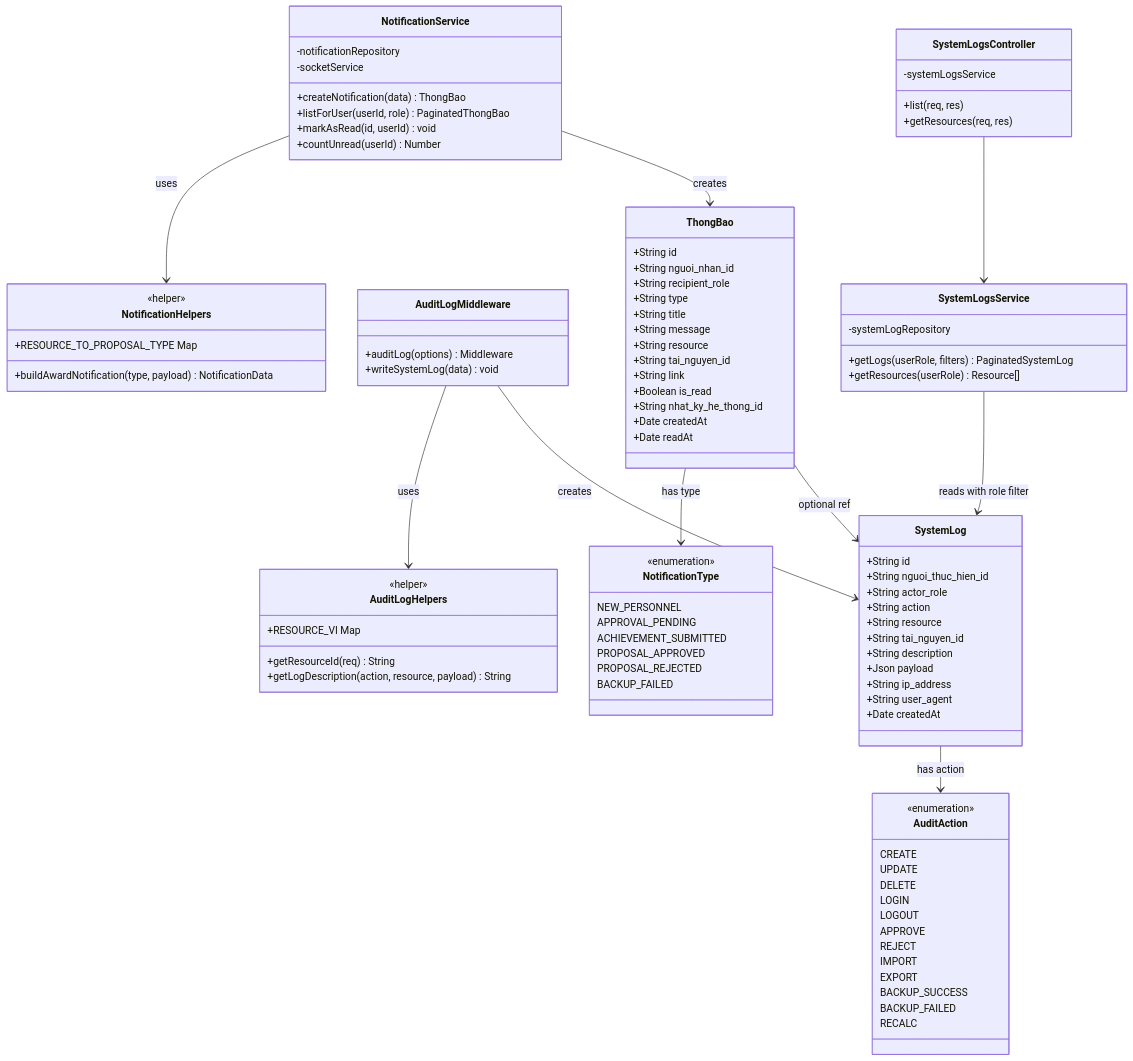
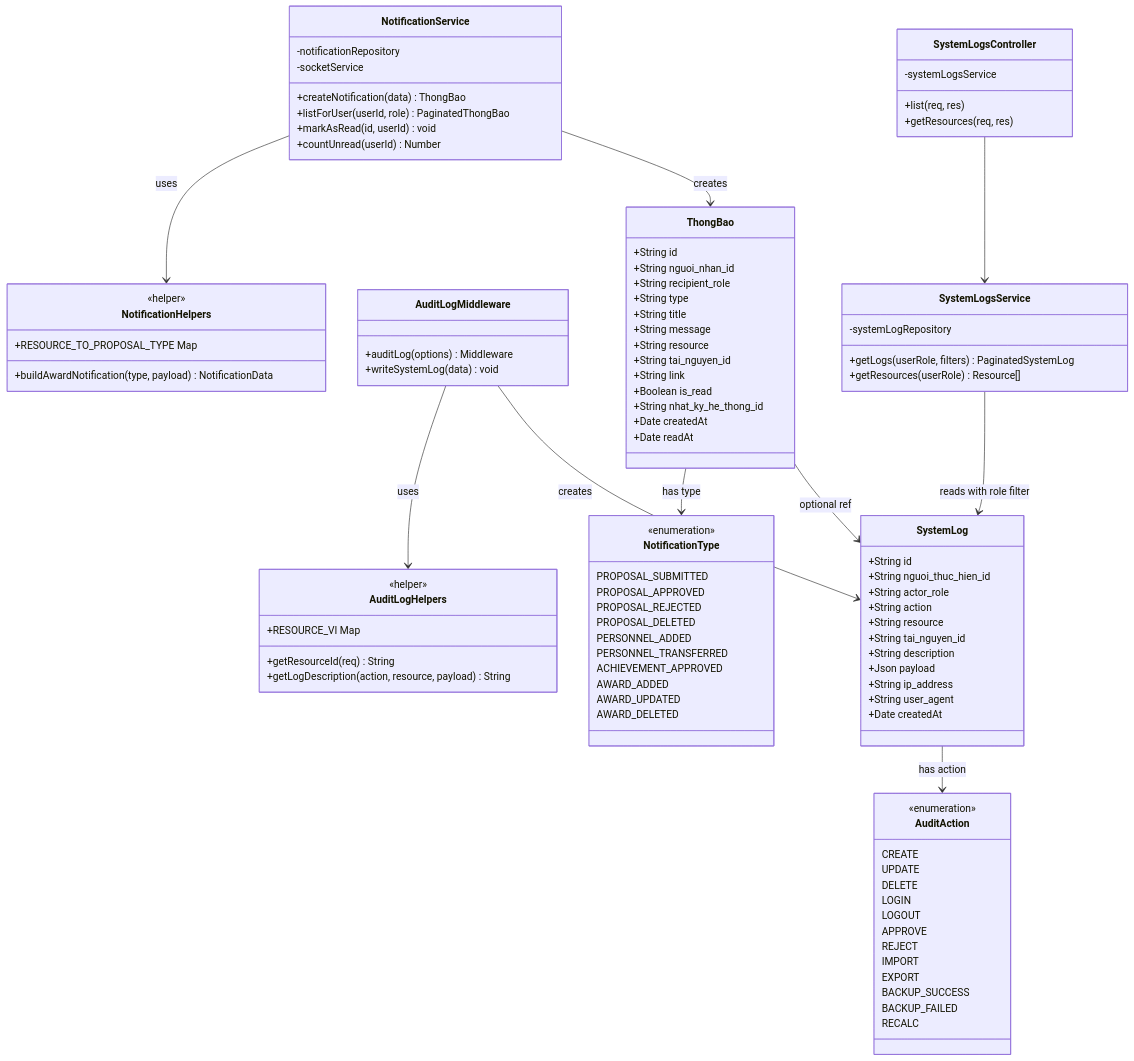
Before and after one commit to tranducbk/DATN_PM_QLKT: the fifth of 5 diagrams in docs/diagrams/04-class.md, drawn with Mermaid. The commit also changed 23 other files, not shown here.

```diff
--- a/docs/diagrams/04-class.md
+++ b/docs/diagrams/04-class.md
@@ -495,12 +495,16 @@
 
     class NotificationType {
         <<enumeration>>
-        NEW_PERSONNEL
-        APPROVAL_PENDING
-        ACHIEVEMENT_SUBMITTED
+        PROPOSAL_SUBMITTED
         PROPOSAL_APPROVED
         PROPOSAL_REJECTED
-        BACKUP_FAILED
+        PROPOSAL_DELETED
+        PERSONNEL_ADDED
+        PERSONNEL_TRANSFERRED
+        ACHIEVEMENT_APPROVED
+        AWARD_ADDED
+        AWARD_UPDATED
+        AWARD_DELETED
     }
 
     class AuditLogMiddleware {
```
